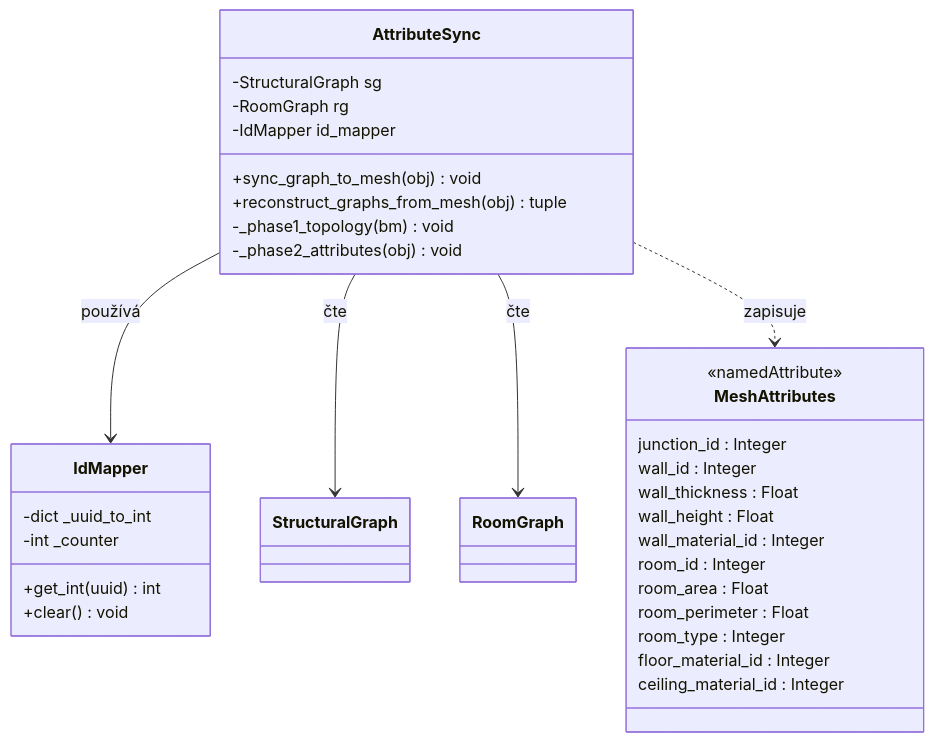
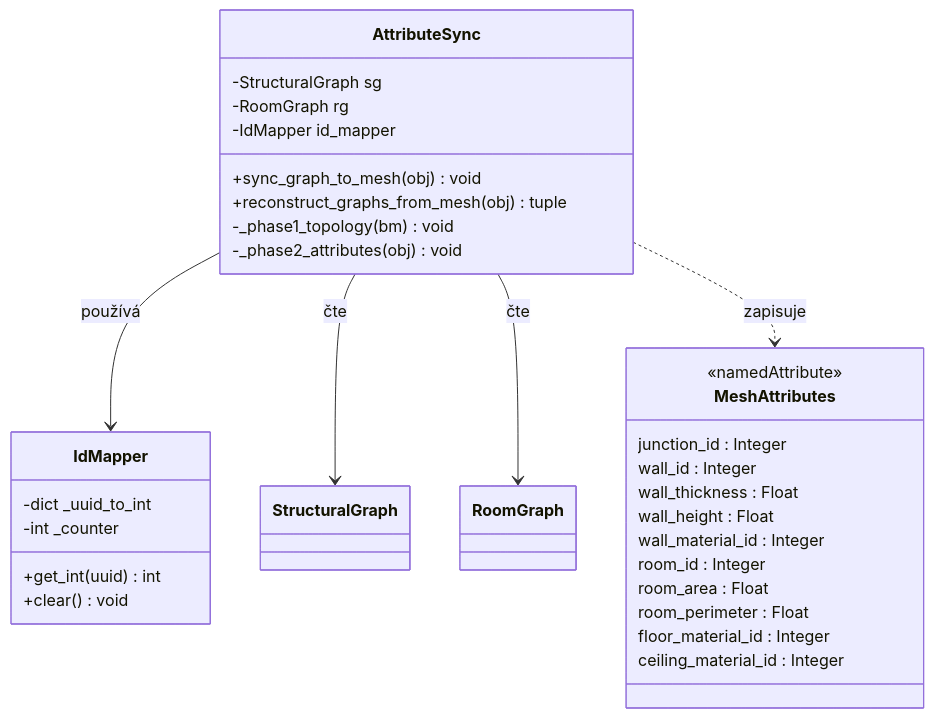
The diagram in docs/sections/03_Design/03_data_model_layer3.md (TheGingeros/floorplanmaster), drawn with Mermaid before and after one commit. The commit also changed other lines of this file and 14 other files, not shown here.

````diff
--- a/docs/sections/03_Design/03_data_model_layer3.md
+++ b/docs/sections/03_Design/03_data_model_layer3.md
@@ -6,36 +6,35 @@
 ```mermaid
 classDiagram
     class IdMapper {
         -dict _uuid_to_int
         -int _counter
         +get_int(uuid) int
         +clear() void
     }
     class AttributeSync {
         -StructuralGraph sg
         -RoomGraph rg
         -IdMapper id_mapper
         +sync_graph_to_mesh(obj) void
         +reconstruct_graphs_from_mesh(obj) tuple
         -_phase1_topology(bm) void
         -_phase2_attributes(obj) void
     }
     class MeshAttributes {
         <<namedAttribute>>
         junction_id : Integer
         wall_id : Integer
         wall_thickness : Float
         wall_height : Float
         wall_material_id : Integer
         room_id : Integer
         room_area : Float
         room_perimeter : Float
-        room_type : Integer
         floor_material_id : Integer
         ceiling_material_id : Integer
     }
     AttributeSync --> IdMapper : používá
     AttributeSync --> StructuralGraph : čte
     AttributeSync --> RoomGraph : čte
     AttributeSync ..> MeshAttributes : zapisuje
 ```
````
